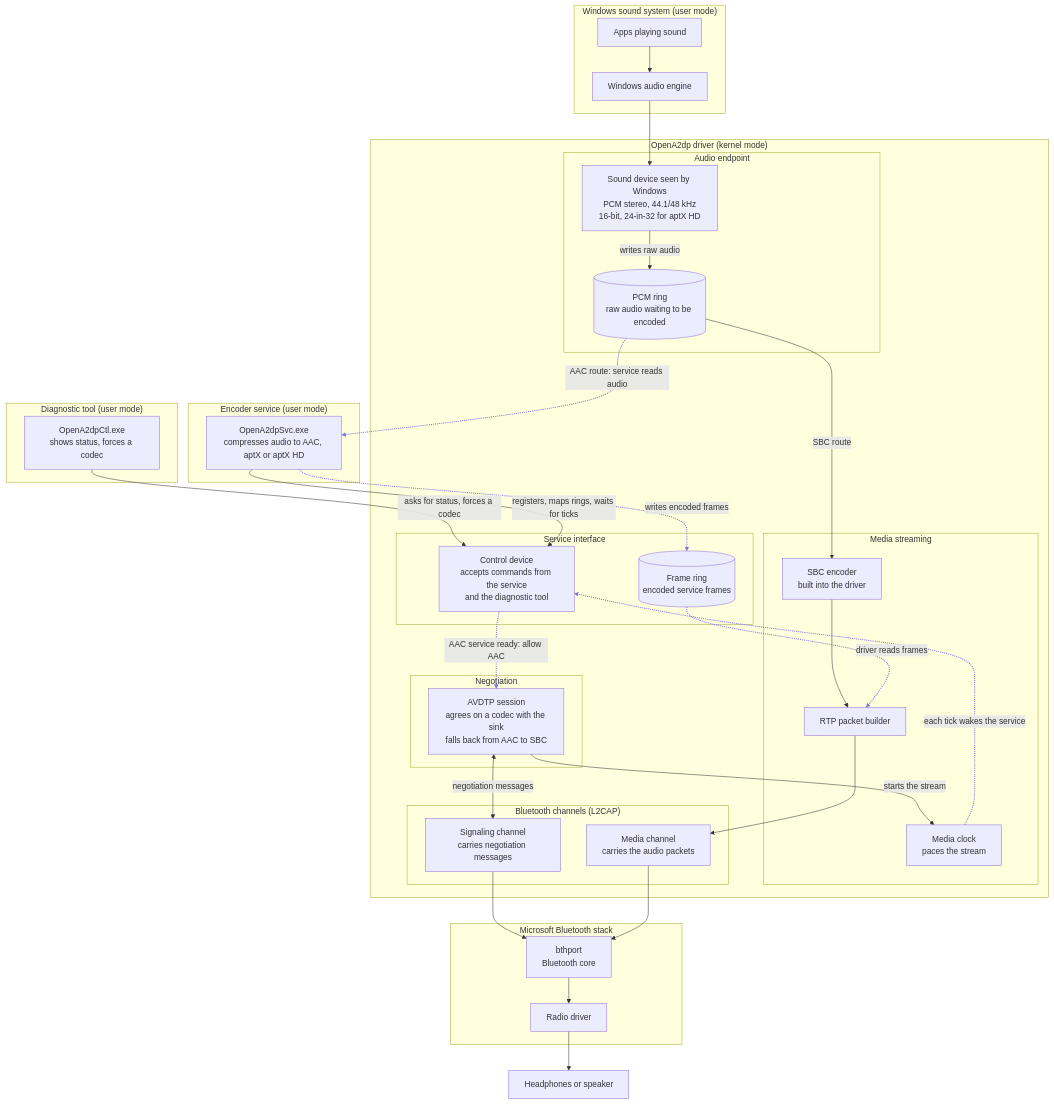
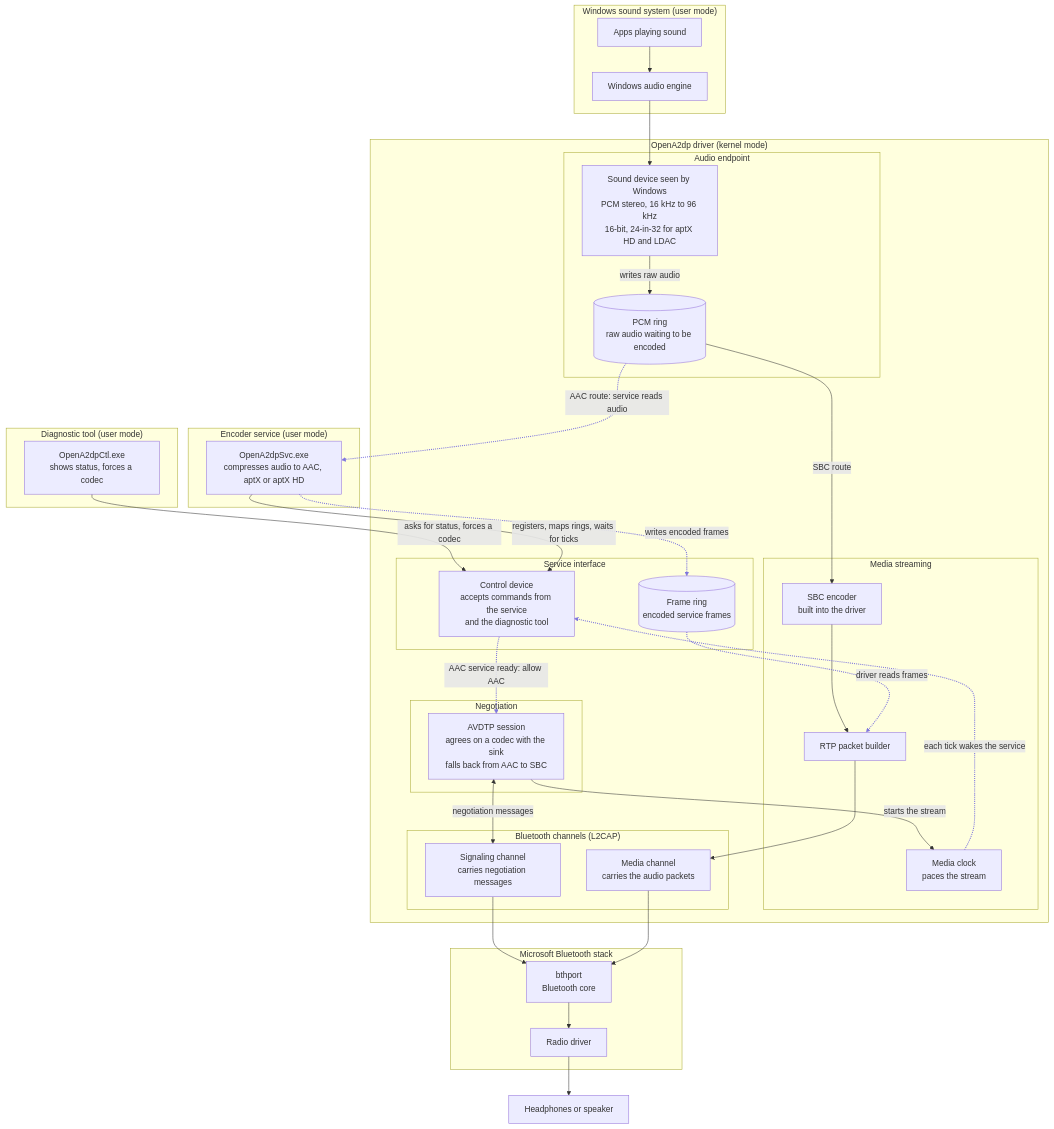
Before and after one commit to giovanni-bozzano/open-a2dp: the diagram in docs/architecture/Overview.md, drawn with Mermaid. The commit also changed 2 other files, not shown here.

Commit message:
docs(architecture): describe the rates the endpoint now offers
The endpoint paragraphs, the codec lists and the circuit diagram still said PCM stopped at
44.1/48 kHz, and the service's v1 assumptions still described LDAC as a two-rate codec.

````diff
--- a/docs/architecture/Overview.md
+++ b/docs/architecture/Overview.md
@@ -27,72 +27,72 @@
 ```mermaid
 flowchart TD
     subgraph WIN["Windows sound system (user mode)"]
         APP["Apps playing sound"]
         AE["Windows audio engine"]
     end
 
     subgraph AACSVC["Encoder service (user mode)"]
         SVC["OpenA2dpSvc.exe<br/>compresses audio to AAC, aptX or aptX HD"]
     end
 
     subgraph TOOL["Diagnostic tool (user mode)"]
         CLI["OpenA2dpCtl.exe<br/>shows status, forces a codec"]
     end
 
     subgraph DRV["OpenA2dp driver (kernel mode)"]
         subgraph AUD["Audio endpoint"]
-            ACX["Sound device seen by Windows<br/>PCM stereo, 44.1/48 kHz<br/>16-bit, 24-in-32 for aptX HD"]
+            ACX["Sound device seen by Windows<br/>PCM stereo, 16 kHz to 96 kHz<br/>16-bit, 24-in-32 for aptX HD and LDAC"]
             PCM[("PCM ring<br/>raw audio waiting to be encoded")]
         end
 
         subgraph NEG["Negotiation"]
             SES["AVDTP session<br/>agrees on a codec with the sink<br/>falls back from AAC to SBC"]
         end
 
         subgraph STR["Media streaming"]
             CLK["Media clock<br/>paces the stream"]
             SBC["SBC encoder<br/>built into the driver"]
             RTP["RTP packet builder"]
         end
 
         subgraph SVI["Service interface"]
             CTL["Control device<br/>accepts commands from the service<br/>and the diagnostic tool"]
             FR[("Frame ring<br/>encoded service frames")]
         end
 
         subgraph CHN["Bluetooth channels (L2CAP)"]
             SCH["Signaling channel<br/>carries negotiation messages"]
             MCH["Media channel<br/>carries the audio packets"]
         end
     end
 
     subgraph MS["Microsoft Bluetooth stack"]
         BTH["bthport<br/>Bluetooth core"]
         RAD["Radio driver"]
     end
 
     HP["Headphones or speaker"]
 
     APP --> AE --> ACX
     ACX -->|writes raw audio| PCM
     PCM -->|SBC route| SBC
     SBC --> RTP
     PCM -.->|AAC route: service reads audio| SVC
     SVC -.->|writes encoded frames| FR
     FR -.->|driver reads frames| RTP
 
     SES -->|starts the stream| CLK
     SES <-->|negotiation messages| SCH
     RTP --> MCH
 
     SCH --> BTH
     MCH --> BTH
     BTH --> RAD --> HP
 
     CLI -->|asks for status, forces a codec| CTL
     SVC -->|registers, maps rings, waits for ticks| CTL
     CTL -.->|AAC service ready: allow AAC| SES
     CLK -.->|each tick wakes the service| CTL
 
     linkStyle 5,6,7,17,18 stroke:#7F77DD,stroke-width:2px
 ```
````
